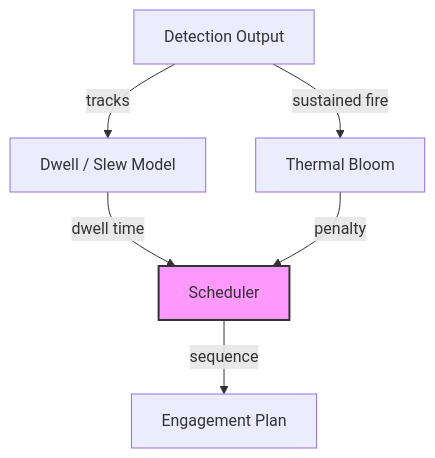
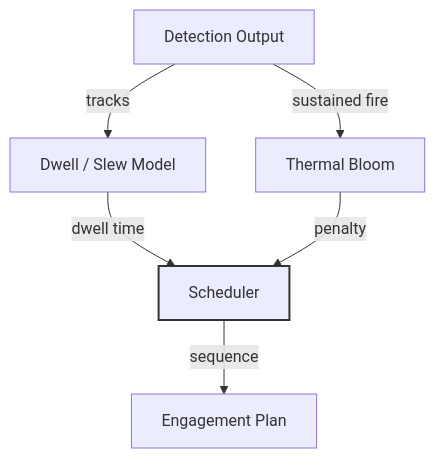
Before and after one commit to AAH20/Apex_C-UAS: the third of 3 diagrams in README.md, drawn with Mermaid. The commit also changed other lines of this file, not shown here.

First line of the commit message:
Remove container fill colors from Mermaid diagrams

````diff
--- a/README.md
+++ b/README.md
@@ -70,9 +70,9 @@
 ```mermaid
 flowchart TD
     D[Detection Output] -->|tracks| Dw[Dwell / Slew Model]
     D -->|sustained fire| TB[Thermal Bloom]
     Dw -->|dwell time| S[Scheduler]
     TB -->|penalty| S
     S -->|sequence| EP[Engagement Plan]
-    style S fill:#f9f,stroke:#333,stroke-width:2px
+    style S stroke:#333,stroke-width:2px
 ```
````
